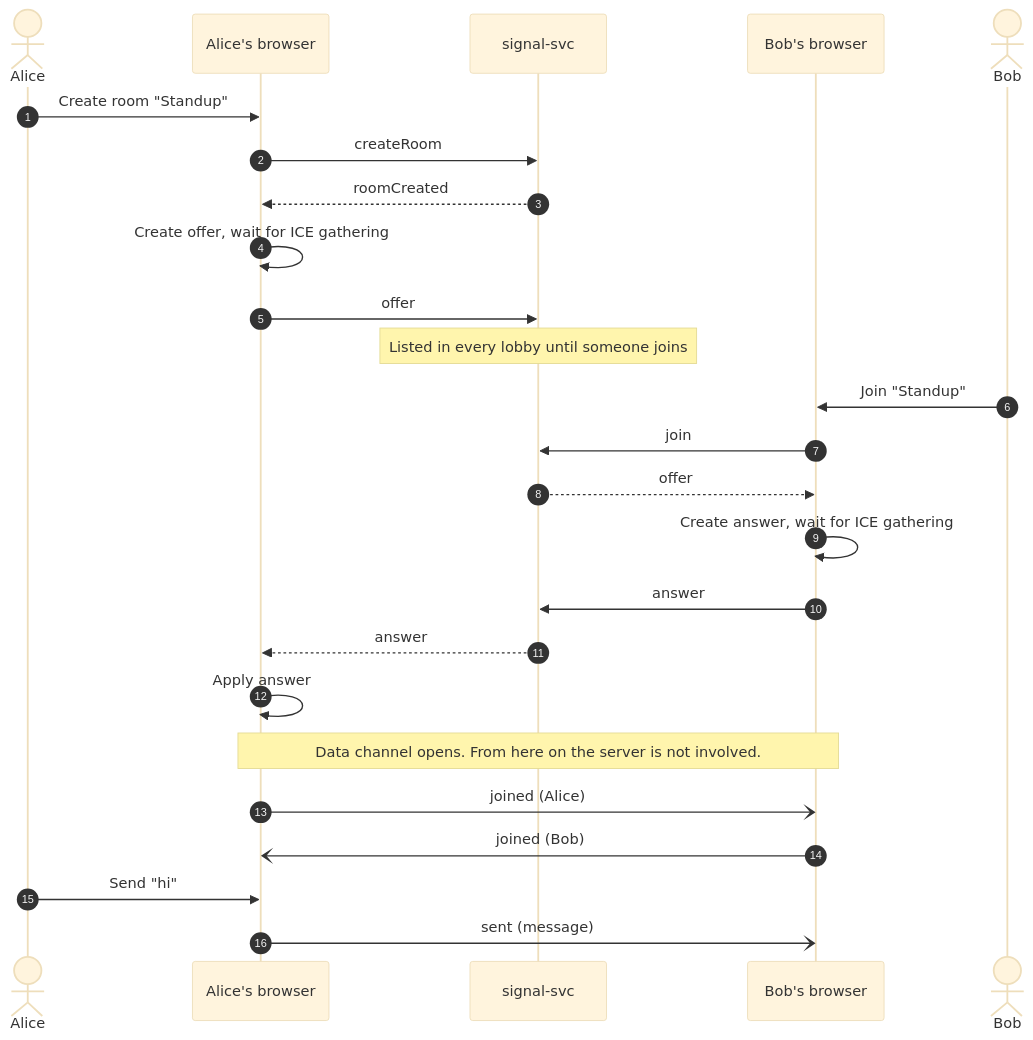
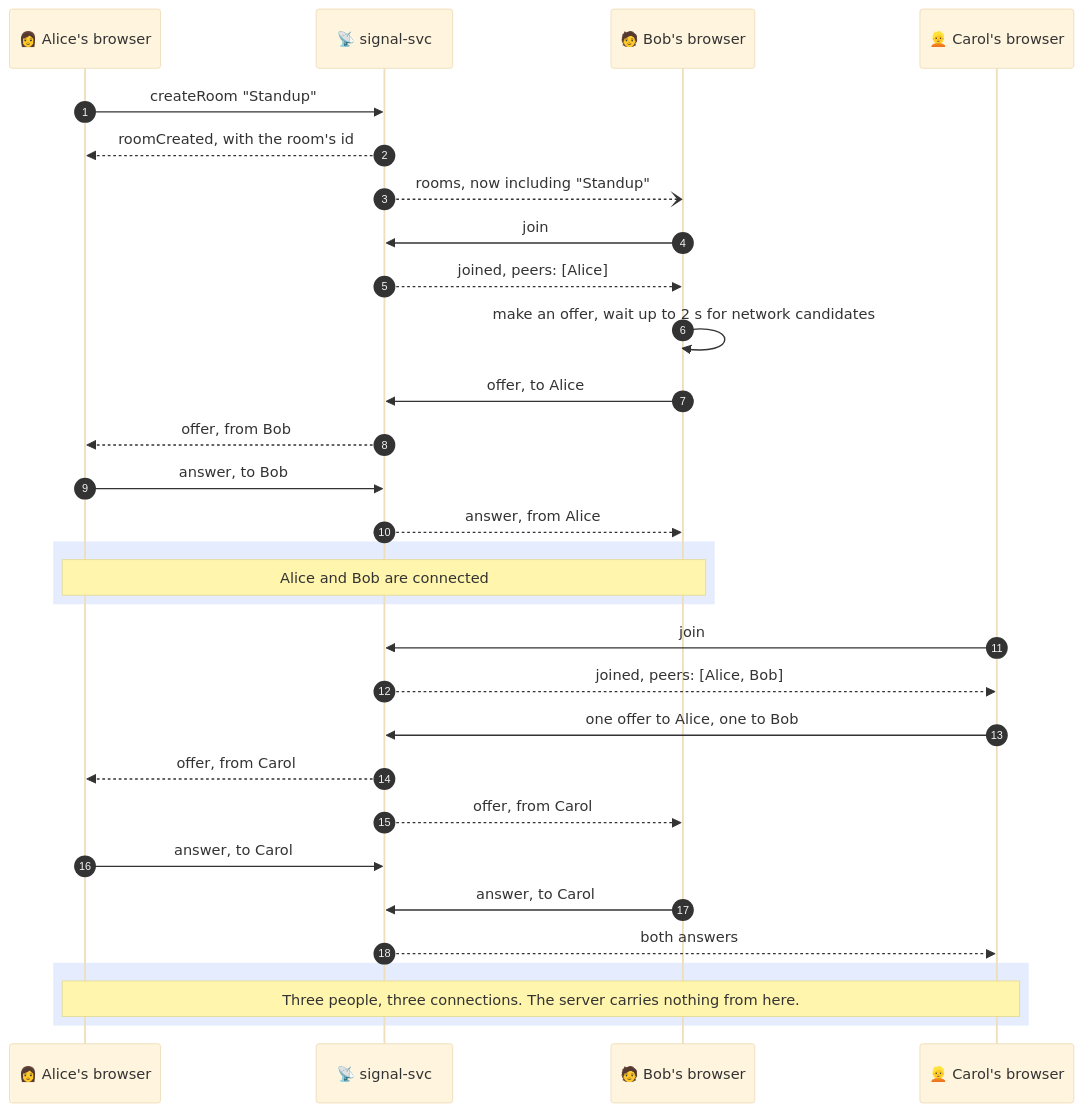
One commit to LitHaxor/webRTC-mesh-chat changed the seventh of 24 diagrams in README.md. Above: the diagram before and after it, drawn with Mermaid (base theme). The commit also changed other lines of this file and 14 other files, not shown here.

Commit message:
Rewrite the README with charts, screenshots and recordings

````diff
--- a/README.md
+++ b/README.md
@@ -115,28 +336,33 @@
 ```mermaid
 sequenceDiagram
   autonumber
-  actor Alice
-  participant A as Alice's browser
-  participant S as signal-svc
-  participant B as Bob's browser
-  actor Bob
+  participant A as 👩 Alice's browser
+  participant S as 📡 signal-svc
+  participant B as 🧑 Bob's browser
+  participant C as 👱 Carol's browser
 
-  Alice->>A: Create room "Standup"
-  A->>S: createRoom
-  S-->>A: roomCreated
-  A->>A: Create offer, wait for ICE gathering
-  A->>S: offer
-  Note over S: Listed in every lobby until someone joins
-  Bob->>B: Join "Standup"
+  A->>S: createRoom "Standup"
+  S-->>A: roomCreated, with the room's id
+  S--)B: rooms, now including "Standup"
   B->>S: join
-  S-->>B: offer
-  B->>B: Create answer, wait for ICE gathering
-  B->>S: answer
-  S-->>A: answer
-  A->>A: Apply answer
-  Note over A,B: Data channel opens. From here on the server is not involved.
-  A-)B: joined (Alice)
-  B-)A: joined (Bob)
-  Alice->>A: Send "hi"
-  A-)B: sent (message)
+  S-->>B: joined, peers: [Alice]
+  B->>B: make an offer, wait up to 2 s for network candidates
+  B->>S: offer, to Alice
+  S-->>A: offer, from Bob
+  A->>S: answer, to Bob
+  S-->>B: answer, from Alice
+  rect rgba(37, 99, 235, 0.12)
+    Note over A,B: Alice and Bob are connected
+  end
+  C->>S: join
+  S-->>C: joined, peers: [Alice, Bob]
+  C->>S: one offer to Alice, one to Bob
+  S-->>A: offer, from Carol
+  S-->>B: offer, from Carol
+  A->>S: answer, to Carol
+  B->>S: answer, to Carol
+  S-->>C: both answers
+  rect rgba(37, 99, 235, 0.12)
+    Note over A,C: Three people, three connections. The server carries nothing from here.
+  end
 ```
````
